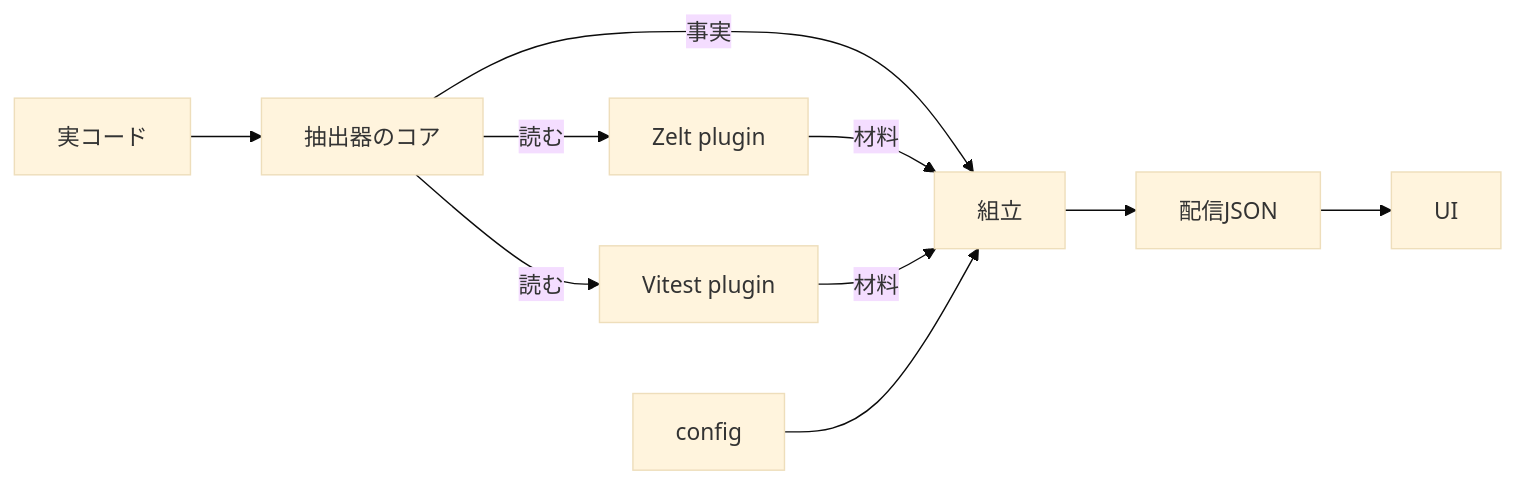
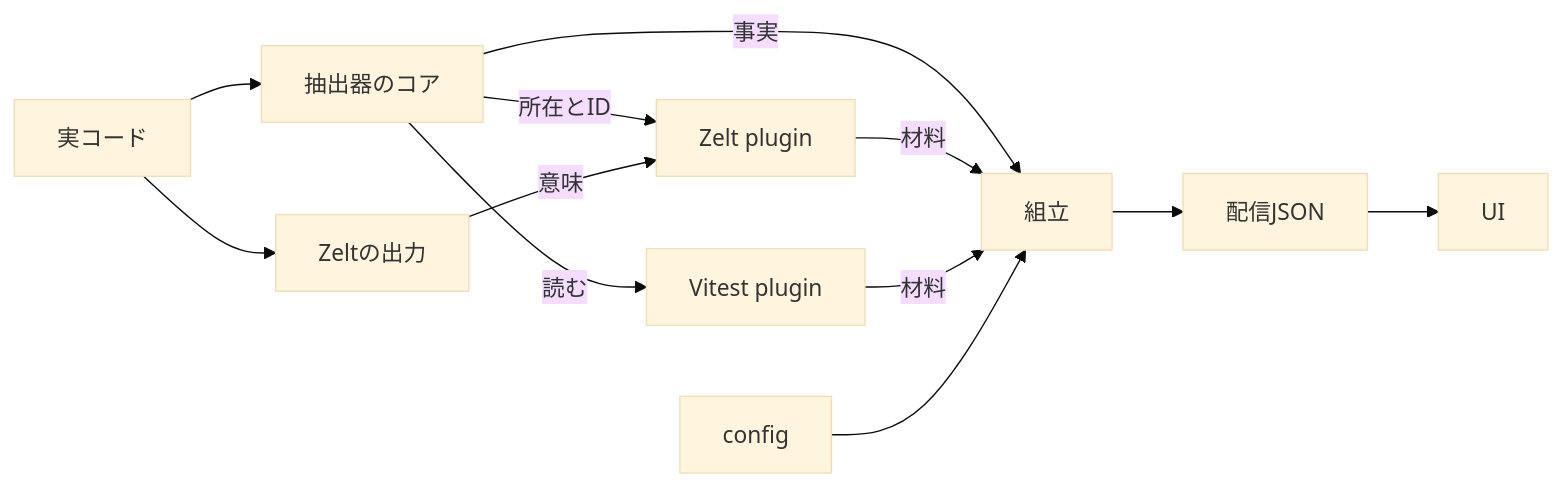
Before and after one commit to zeltjs/zelt: the first of 11 diagrams in mocks/studio-spatial/generic-extraction-design.md, drawn with Mermaid (base theme). The commit also changed other lines of this file and 33 other files, not shown here.

```diff
--- a/mocks/studio-spatial/generic-extraction-design.md
+++ b/mocks/studio-spatial/generic-extraction-design.md
@@ -23,12 +23,14 @@
 ~~~mermaid
 flowchart LR
   S["実コード"] --> CO["抽出器のコア"]
-  CO -->|読む| ZP["Zelt plugin"]
+  S --> ZR["Zeltの出力"]
+  CO -->|所在とID| ZP["Zelt plugin"]
+  ZR -->|意味| ZP
   CO -->|読む| VP["Vitest plugin"]
   CO -->|事実| AS["組立"]
   ZP -->|材料| AS
   VP -->|材料| AS
   CF["config"] --> AS
   AS --> J["配信JSON"]
   J --> UI["UI"]
 ~~~
```
